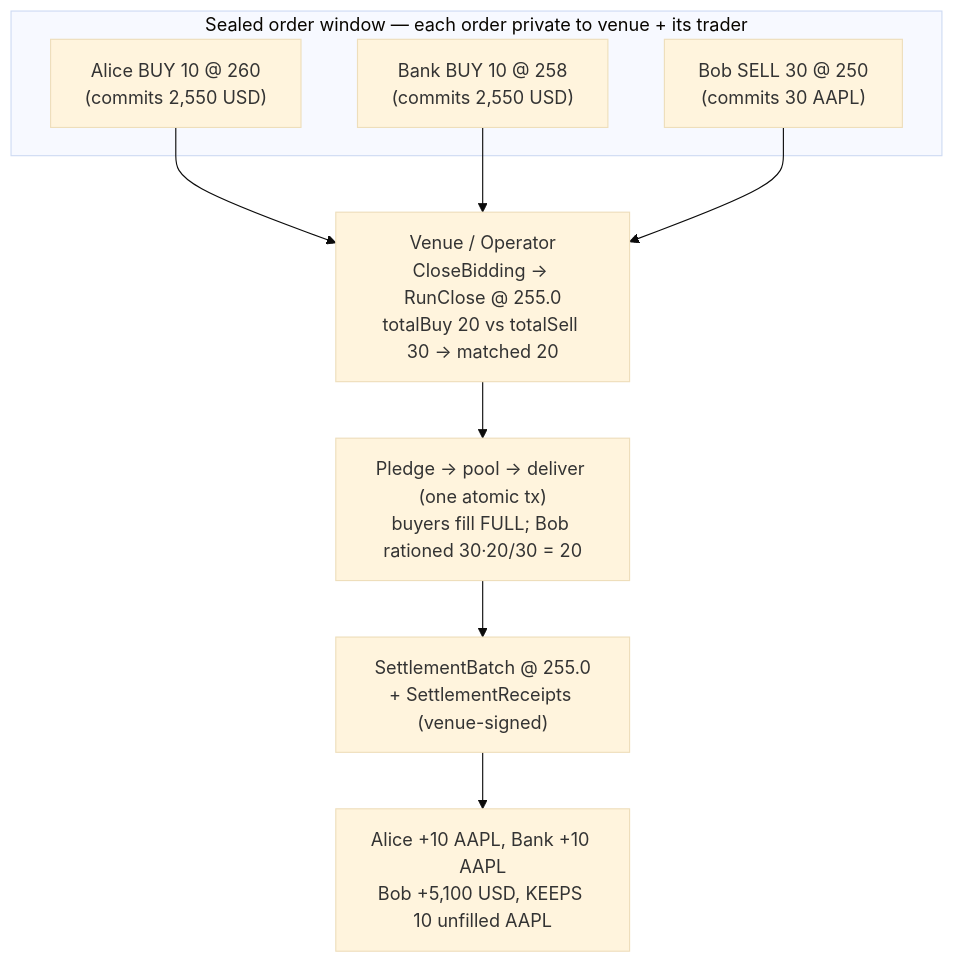
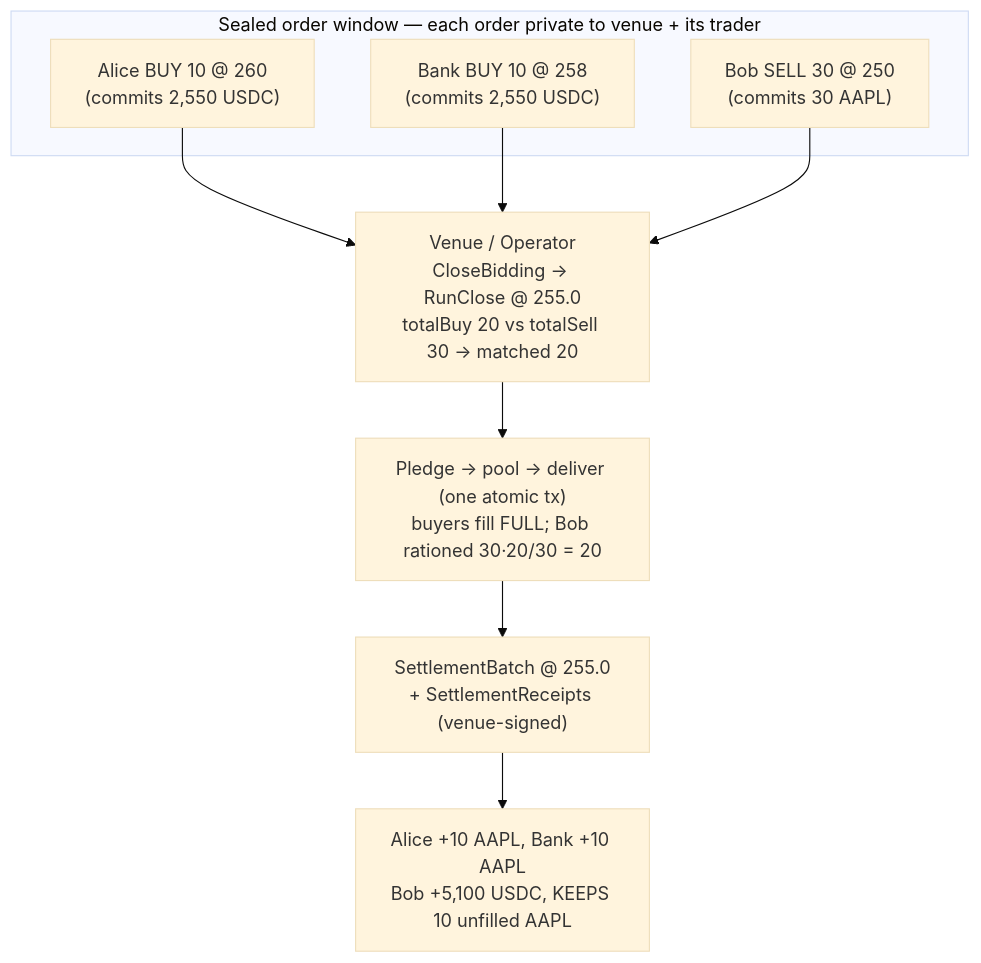
Before and after one commit to superbigroach/canton-dvp-settlement-desk: the second of 2 diagrams in README.md, drawn with Mermaid (base theme). The commit also changed other lines of this file and 51 other files, not shown here.

First line of the commit message:
feat(ui): simple React Buy/Sell settlement desk + USD->USDC rename + server-orchestrated DvP/MOC

````diff
--- a/README.md
+++ b/README.md
@@ -152,15 +152,15 @@
 ```mermaid
 flowchart TD
     subgraph Sealed["Sealed order window — each order private to venue + its trader"]
-        BO1["Alice BUY 10 @ 260<br/>(commits 2,550 USD)"]
-        BO2["Bank  BUY 10 @ 258<br/>(commits 2,550 USD)"]
+        BO1["Alice BUY 10 @ 260<br/>(commits 2,550 USDC)"]
+        BO2["Bank  BUY 10 @ 258<br/>(commits 2,550 USDC)"]
         SO1["Bob  SELL 30 @ 250<br/>(commits 30 AAPL)"]
     end
     Op["Venue / Operator<br/>CloseBidding → RunClose @ 255.0<br/>totalBuy 20 vs totalSell 30 → matched 20"]
     BO1 --> Op
     BO2 --> Op
     SO1 --> Op
     Op --> P["Pledge → pool → deliver (one atomic tx)<br/>buyers fill FULL; Bob rationed 30·20/30 = 20"]
     P --> B["SettlementBatch @ 255.0<br/>+ SettlementReceipts (venue-signed)"]
-    B --> R["Alice +10 AAPL, Bank +10 AAPL<br/>Bob +5,100 USD, KEEPS 10 unfilled AAPL"]
+    B --> R["Alice +10 AAPL, Bank +10 AAPL<br/>Bob +5,100 USDC, KEEPS 10 unfilled AAPL"]
 ```
````
